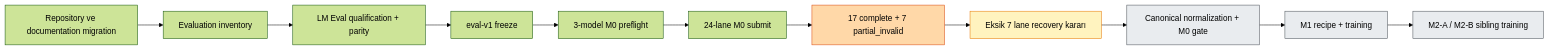
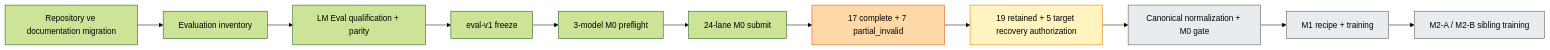
Before and after one commit to umutyesildal/transfer-vs-relearning: the diagram in documentation/current/PROJECT_TIMELINE_AND_CURRENT_POSITION_TR.md, drawn with Mermaid (forest theme). The commit also changed other lines of this file and 4 other files, not shown here.

Commit message:
docs: freeze five-lane M0 recovery contract

````diff
--- a/documentation/current/PROJECT_TIMELINE_AND_CURRENT_POSITION_TR.md
+++ b/documentation/current/PROJECT_TIMELINE_AND_CURRENT_POSITION_TR.md
@@ -42,19 +44,19 @@
 ```mermaid
 flowchart LR
     A["Repository ve documentation migration"] --> B["Evaluation inventory"]
     B --> C["LM Eval qualification + parity"]
     C --> D["eval-v1 freeze"]
     D --> E["3-model M0 preflight"]
     E --> F["24-lane M0 submit"]
     F --> G["17 complete + 7 partial_invalid"]
-    G --> H["Eksik 7 lane recovery kararı"]
+    G --> H["19 retained + 5 target recovery authorization"]
     H --> I["Canonical normalization + M0 gate"]
     I --> J["M1 recipe + training"]
     J --> K["M2-A / M2-B sibling training"]
 
     style G fill:#ffd8a8,stroke:#d9480f
     style H fill:#fff3bf,stroke:#e67700
     style I fill:#e9ecef,stroke:#495057
     style J fill:#e9ecef,stroke:#495057
     style K fill:#e9ecef,stroke:#495057
 ```
````
